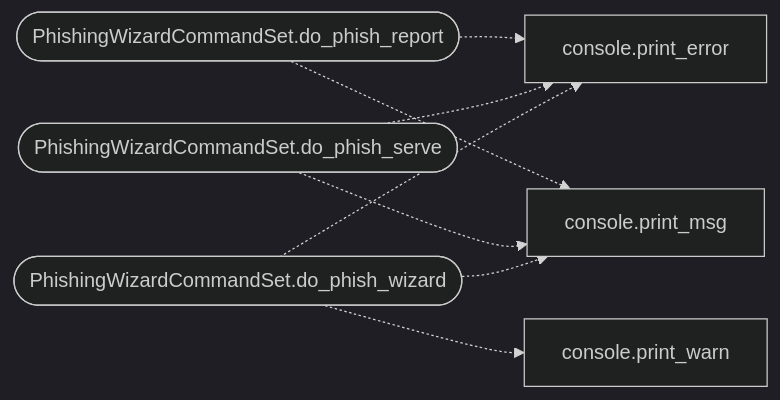
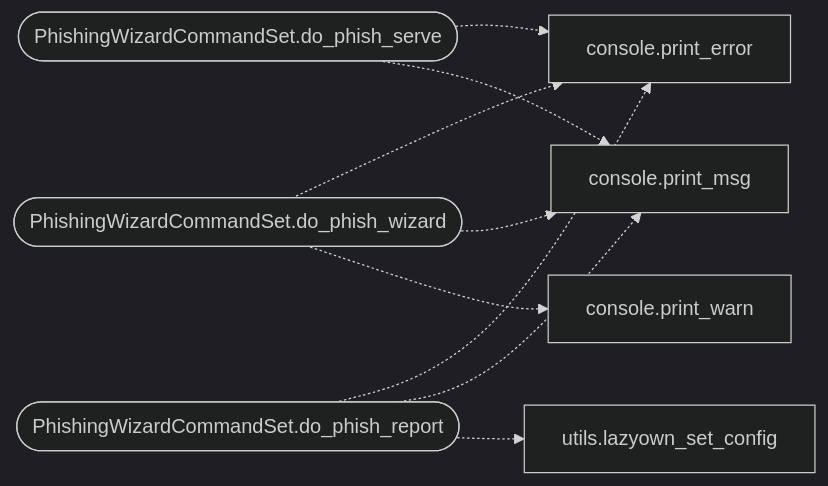
One commit to grisuno/LazyOwn changed the second of 2 diagrams in readmenator-apidocs/modules/cli.commands.phishing_wizard.py.md. Above: the diagram before and after it, drawn with Mermaid (dark theme). The commit also changed other lines of this file and 203 other files, not shown here.

````diff
--- a/readmenator-apidocs/modules/cli.commands.phishing_wizard.py.md
+++ b/readmenator-apidocs/modules/cli.commands.phishing_wizard.py.md
@@ -34,16 +34,18 @@
 ```mermaid
 flowchart LR
     n_cli_commands_phishing_wizard_py__PhishingWizardCommandSet_do_phish_wizard(["PhishingWizardCommandSet.do_phish_wizard"])
     n_core_console_py__print_error["console.print_error"]
     n_core_console_py__print_msg["console.print_msg"]
     n_core_console_py__print_warn["console.print_warn"]
     n_cli_commands_phishing_wizard_py__PhishingWizardCommandSet_do_phish_serve(["PhishingWizardCommandSet.do_phish_serve"])
     n_cli_commands_phishing_wizard_py__PhishingWizardCommandSet_do_phish_report(["PhishingWizardCommandSet.do_phish_report"])
+    n_utils_py__lazyown_set_config["utils.lazyown_set_config"]
     n_cli_commands_phishing_wizard_py__PhishingWizardCommandSet_do_phish_wizard -.-> n_core_console_py__print_error
     n_cli_commands_phishing_wizard_py__PhishingWizardCommandSet_do_phish_wizard -.-> n_core_console_py__print_msg
     n_cli_commands_phishing_wizard_py__PhishingWizardCommandSet_do_phish_wizard -.-> n_core_console_py__print_warn
     n_cli_commands_phishing_wizard_py__PhishingWizardCommandSet_do_phish_serve -.-> n_core_console_py__print_error
     n_cli_commands_phishing_wizard_py__PhishingWizardCommandSet_do_phish_serve -.-> n_core_console_py__print_msg
     n_cli_commands_phishing_wizard_py__PhishingWizardCommandSet_do_phish_report -.-> n_core_console_py__print_error
     n_cli_commands_phishing_wizard_py__PhishingWizardCommandSet_do_phish_report -.-> n_core_console_py__print_msg
+    n_cli_commands_phishing_wizard_py__PhishingWizardCommandSet_do_phish_report -.-> n_utils_py__lazyown_set_config
 ```
````
